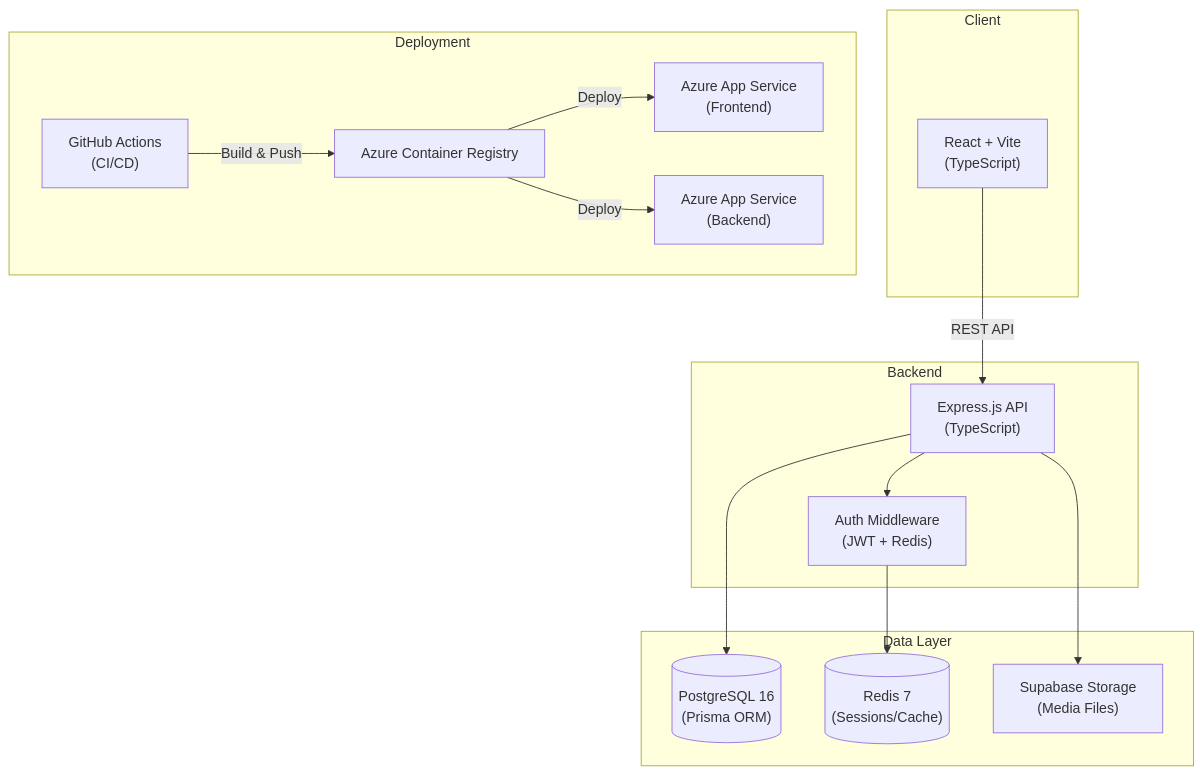
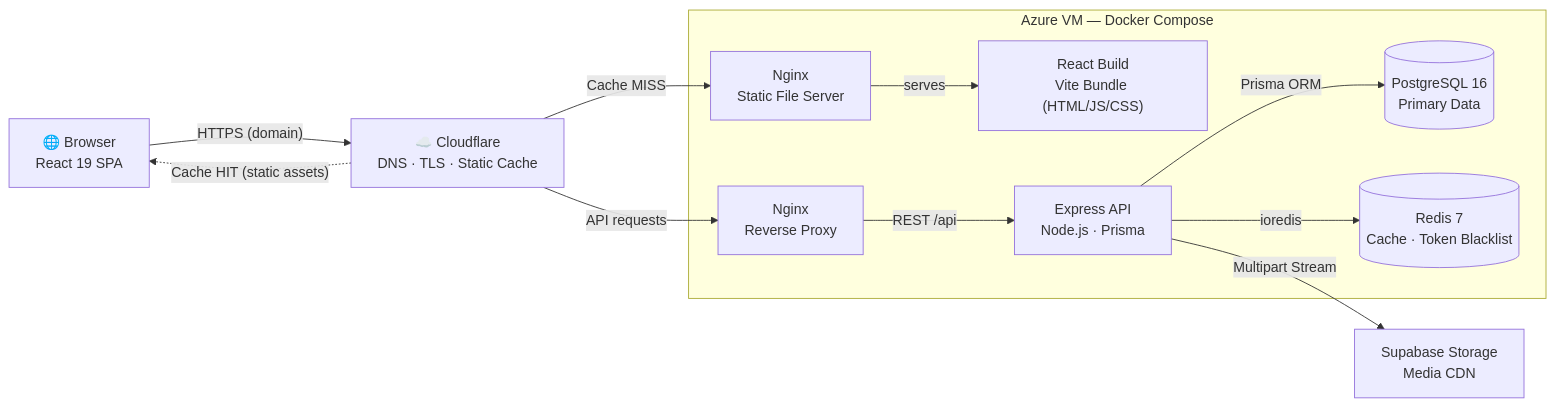
Before and after one commit to RudraShivm/CSE-326-Facebook-Feat-Impl: the first of 2 diagrams in README.md, drawn with Mermaid. The commit also changed other lines of this file, not shown here.

````diff
--- a/README.md
+++ b/README.md
@@ -42,33 +43,28 @@
 ```mermaid
-graph TB
-    subgraph Client
-        FE["React + Vite<br/>(TypeScript)"]
+graph LR
+    Browser["🌐 Browser<br/>React 19 SPA"]
+
+    CF["☁️ Cloudflare<br/>DNS · TLS · Static Cache"]
+
+    Browser -->|"HTTPS (domain)"| CF
+    CF -.->|"Cache HIT (static assets)"| Browser
+
+    subgraph VM["Azure VM — Docker Compose"]
+        NGS["Nginx<br/>Static File Server"]
+        REACT["React Build<br/>Vite Bundle (HTML/JS/CSS)"]
+        NGP["Nginx<br/>Reverse Proxy"]
+        API["Express API<br/>Node.js · Prisma"]
+        DB[("PostgreSQL 16<br/>Primary Data")]
+        REDIS[("Redis 7<br/>Cache · Token Blacklist")]
     end
-    
-    subgraph Backend
-        API["Express.js API<br/>(TypeScript)"]
-        AUTH["Auth Middleware<br/>(JWT + Redis)"]
-    end
-    
-    subgraph Data Layer
-        DB[("PostgreSQL 16<br/>(Prisma ORM)")]
-        CACHE[("Redis 7<br/>(Sessions/Cache)")]
-        STORAGE["Supabase Storage<br/>(Media Files)"]
-    end
-    
-    subgraph Deployment
-        ACR["Azure Container Registry"]
-        APPFE["Azure App Service<br/>(Frontend)"]
-        APPBE["Azure App Service<br/>(Backend)"]
-        GH["GitHub Actions<br/>(CI/CD)"]
-    end
-    
-    FE -->|REST API| API
-    API --> AUTH
-    AUTH --> CACHE
-    API --> DB
-    API --> STORAGE
-    GH -->|Build & Push| ACR
-    ACR -->|Deploy| APPFE
-    ACR -->|Deploy| APPBE
+
+    SUPA["Supabase Storage<br/>Media CDN"]
+
+    CF -->|"Cache MISS"| NGS
+    NGS -->|serves| REACT
+    CF -->|"API requests"| NGP
+    NGP -->|"REST /api"| API
+    API -->|"Prisma ORM"| DB
+    API -->|"ioredis"| REDIS
+    API -->|"Multipart Stream"| SUPA
 ```
````
